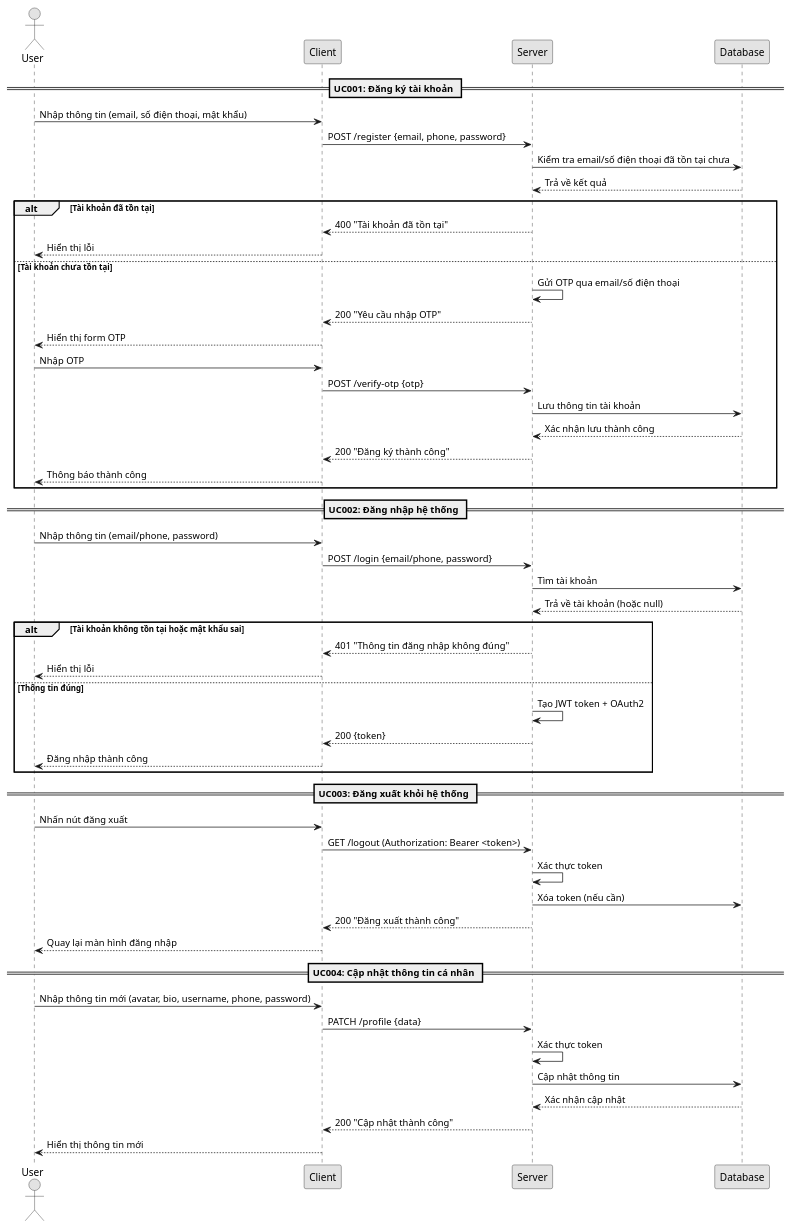
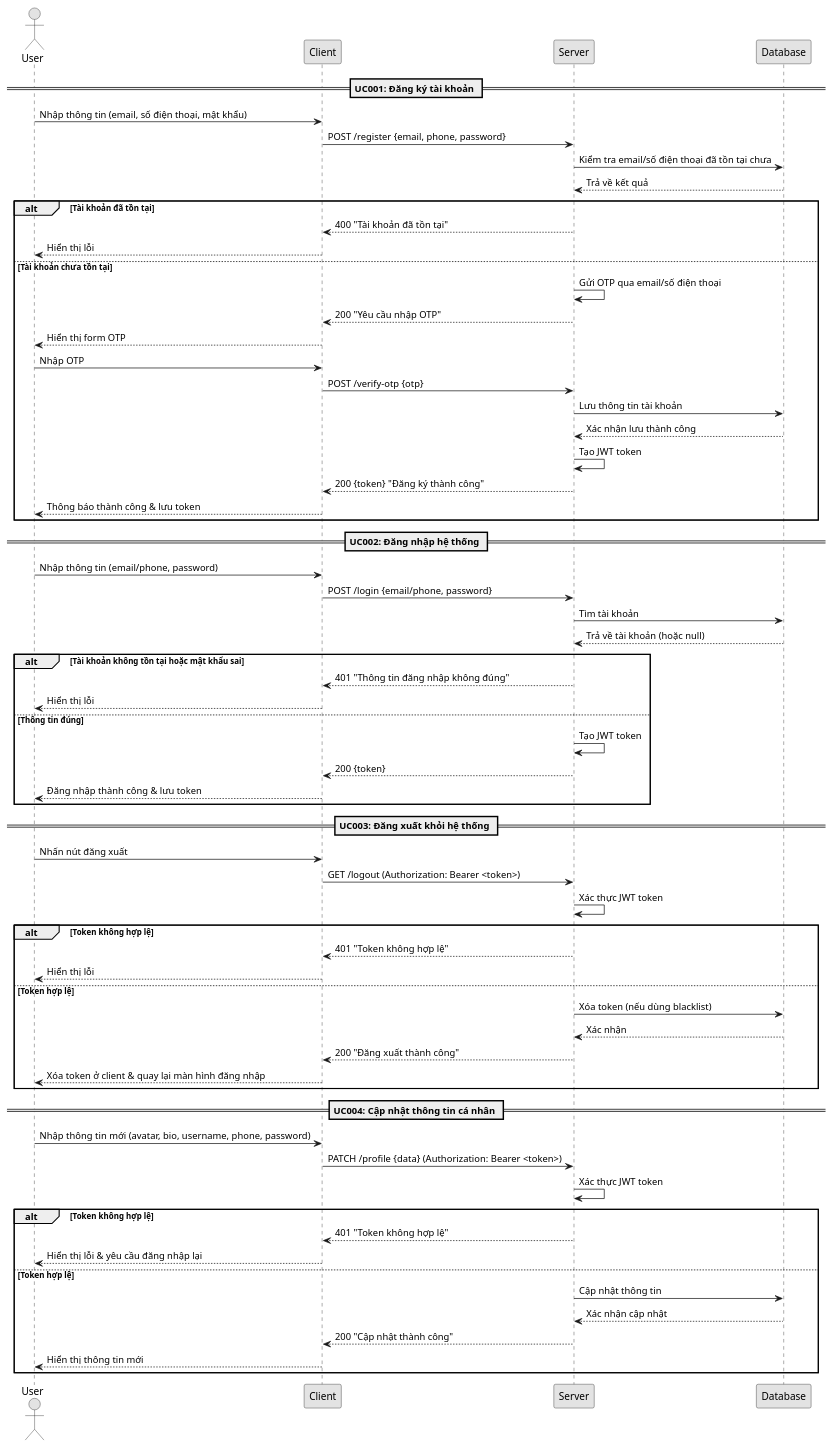
One commit to nguynnga23/SUBJECT-PROJECT__New-Technologies-in-IT-Application-Development changed the first of 4 diagrams in docs/docs/sequence-diagram.md. Above: the diagram before and after it, drawn with PlantUML. The commit also changed other lines of this file, not shown here.

````diff
--- a/docs/docs/sequence-diagram.md
+++ b/docs/docs/sequence-diagram.md
@@ -7,62 +7,74 @@
 ```plantuml
 @startuml
 skinparam monochrome true
 
 actor User
 participant "Client" as Client
 participant "Server" as Server
 participant "Database" as DB
 
 == UC001: Đăng ký tài khoản ==
 User -> Client: Nhập thông tin (email, số điện thoại, mật khẩu)
 Client -> Server: POST /register {email, phone, password}
 Server -> DB: Kiểm tra email/số điện thoại đã tồn tại chưa
 DB --> Server: Trả về kết quả
 alt Tài khoản đã tồn tại
     Server --> Client: 400 "Tài khoản đã tồn tại"
     Client --> User: Hiển thị lỗi
 else Tài khoản chưa tồn tại
     Server -> Server: Gửi OTP qua email/số điện thoại
     Server --> Client: 200 "Yêu cầu nhập OTP"
     Client --> User: Hiển thị form OTP
     User -> Client: Nhập OTP
     Client -> Server: POST /verify-otp {otp}
     Server -> DB: Lưu thông tin tài khoản
     DB --> Server: Xác nhận lưu thành công
-    Server --> Client: 200 "Đăng ký thành công"
-    Client --> User: Thông báo thành công
+    Server -> Server: Tạo JWT token
+    Server --> Client: 200 {token} "Đăng ký thành công"
+    Client --> User: Thông báo thành công & lưu token
 end
 
 == UC002: Đăng nhập hệ thống ==
 User -> Client: Nhập thông tin (email/phone, password)
 Client -> Server: POST /login {email/phone, password}
 Server -> DB: Tìm tài khoản
 DB --> Server: Trả về tài khoản (hoặc null)
 alt Tài khoản không tồn tại hoặc mật khẩu sai
     Server --> Client: 401 "Thông tin đăng nhập không đúng"
     Client --> User: Hiển thị lỗi
 else Thông tin đúng
-    Server -> Server: Tạo JWT token + OAuth2
+    Server -> Server: Tạo JWT token
     Server --> Client: 200 {token}
-    Client --> User: Đăng nhập thành công
+    Client --> User: Đăng nhập thành công & lưu token
 end
 
 == UC003: Đăng xuất khỏi hệ thống ==
 User -> Client: Nhấn nút đăng xuất
 Client -> Server: GET /logout (Authorization: Bearer <token>)
-Server -> Server: Xác thực token
-Server -> DB: Xóa token (nếu cần)
-Server --> Client: 200 "Đăng xuất thành công"
-Client --> User: Quay lại màn hình đăng nhập
+Server -> Server: Xác thực JWT token
+alt Token không hợp lệ
+    Server --> Client: 401 "Token không hợp lệ"
+    Client --> User: Hiển thị lỗi
+else Token hợp lệ
+    Server -> DB: Xóa token (nếu dùng blacklist)
+    DB --> Server: Xác nhận
+    Server --> Client: 200 "Đăng xuất thành công"
+    Client --> User: Xóa token ở client & quay lại màn hình đăng nhập
+end
 
 == UC004: Cập nhật thông tin cá nhân ==
 User -> Client: Nhập thông tin mới (avatar, bio, username, phone, password)
-Client -> Server: PATCH /profile {data}
-Server -> Server: Xác thực token
-Server -> DB: Cập nhật thông tin
-DB --> Server: Xác nhận cập nhật
-Server --> Client: 200 "Cập nhật thành công"
-Client --> User: Hiển thị thông tin mới
+Client -> Server: PATCH /profile {data} (Authorization: Bearer <token>)
+Server -> Server: Xác thực JWT token
+alt Token không hợp lệ
+    Server --> Client: 401 "Token không hợp lệ"
+    Client --> User: Hiển thị lỗi & yêu cầu đăng nhập lại
+else Token hợp lệ
+    Server -> DB: Cập nhật thông tin
+    DB --> Server: Xác nhận cập nhật
+    Server --> Client: 200 "Cập nhật thành công"
+    Client --> User: Hiển thị thông tin mới
+end
 
 @enduml
 ```
````
